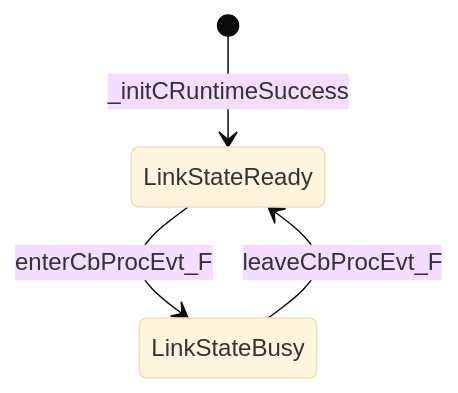
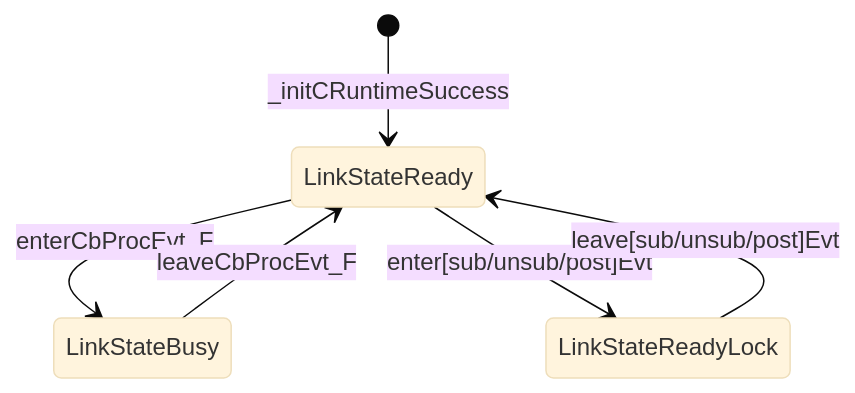
Before and after one commit to EnigmaWU/MyIOC_inTDD_withGHC: the diagram in README.md, drawn with Mermaid (base theme).

Commit message:
Add event locking functionality to LinkStateReady state

````diff
--- a/README.md
+++ b/README.md
@@ -78,6 +78,8 @@
 ```mermaid
 stateDiagram-v2
   [*] --> LinkStateReady: _initCRuntimeSuccess
   LinkStateReady --> LinkStateBusy: enterCbProcEvt_F
   LinkStateBusy --> LinkStateReady: leaveCbProcEvt_F
+  LinkStateReady --> LinkStateReadyLock: enter[sub/unsub/post]Evt
+  LinkStateReadyLock --> LinkStateReady: leave[sub/unsub/post]Evt
 ```
````
